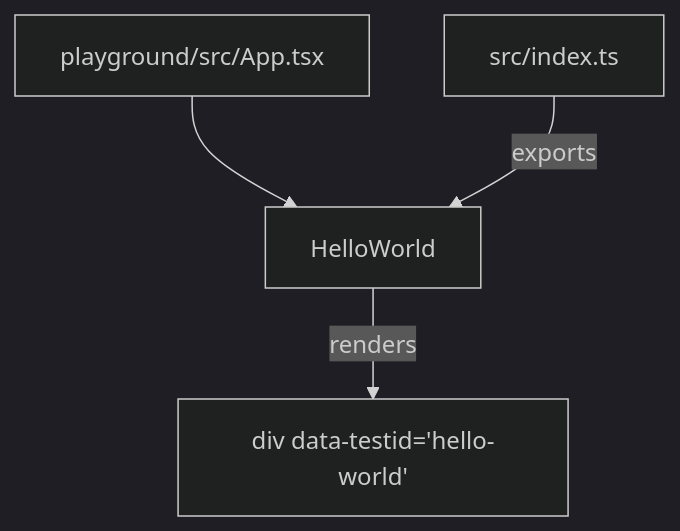
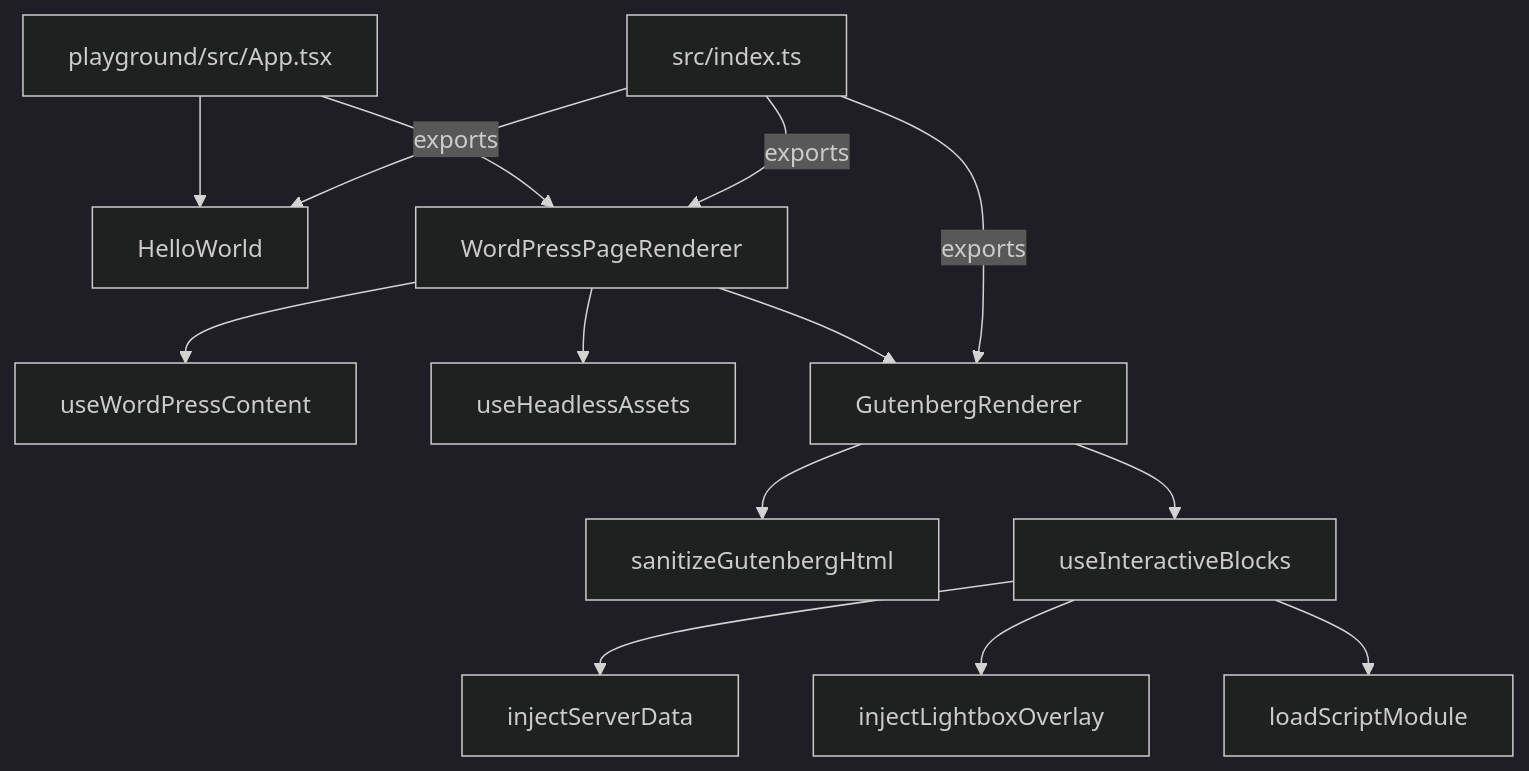
The first of 4 diagrams in docs/architecture.md (siter-place/headless-gutenberg-react), drawn with Mermaid (dark theme) before and after one commit. The commit also changed other lines of this file and 25 other files, not shown here.

Commit message:
Fixed dynamic content and many more bug fixes needed to render wp page content

````diff
--- a/docs/architecture.md
+++ b/docs/architecture.md
@@ -13,6 +13,16 @@
 ```mermaid
 flowchart TD
     PlaygroundApp["playground/src/App.tsx"] --> HelloWorld["HelloWorld"]
-    HelloWorld -->|"renders"| Div["div data-testid='hello-world'"]
+    PlaygroundApp --> WordPressPageRenderer["WordPressPageRenderer"]
+    WordPressPageRenderer --> useWordPressContent["useWordPressContent"]
+    WordPressPageRenderer --> useHeadlessAssets["useHeadlessAssets"]
+    WordPressPageRenderer --> GutenbergRenderer["GutenbergRenderer"]
+    GutenbergRenderer --> sanitizeGutenbergHtml["sanitizeGutenbergHtml"]
+    GutenbergRenderer --> useInteractiveBlocks["useInteractiveBlocks"]
+    useInteractiveBlocks --> injectServerData["injectServerData"]
+    useInteractiveBlocks --> injectLightboxOverlay["injectLightboxOverlay"]
+    useInteractiveBlocks --> loadScriptModule["loadScriptModule"]
     BarrelExport["src/index.ts"] -->|"exports"| HelloWorld
+    BarrelExport -->|"exports"| GutenbergRenderer
+    BarrelExport -->|"exports"| WordPressPageRenderer
 ```
````
